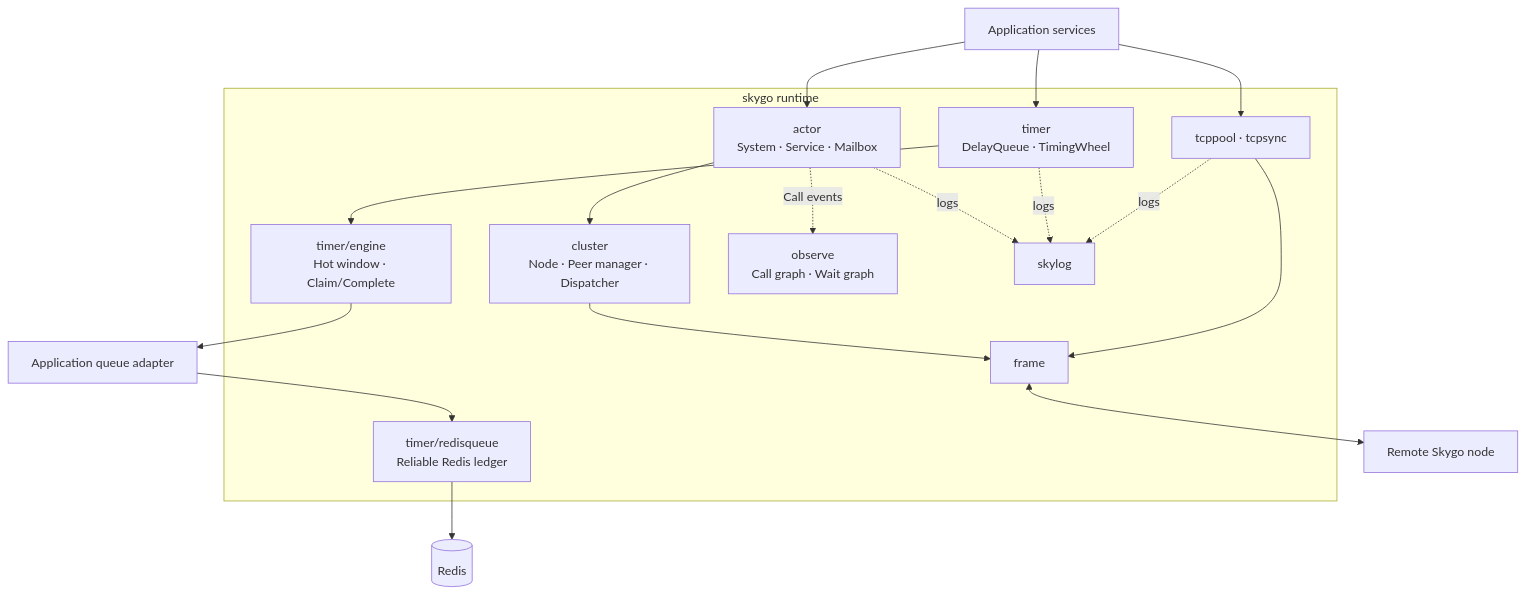
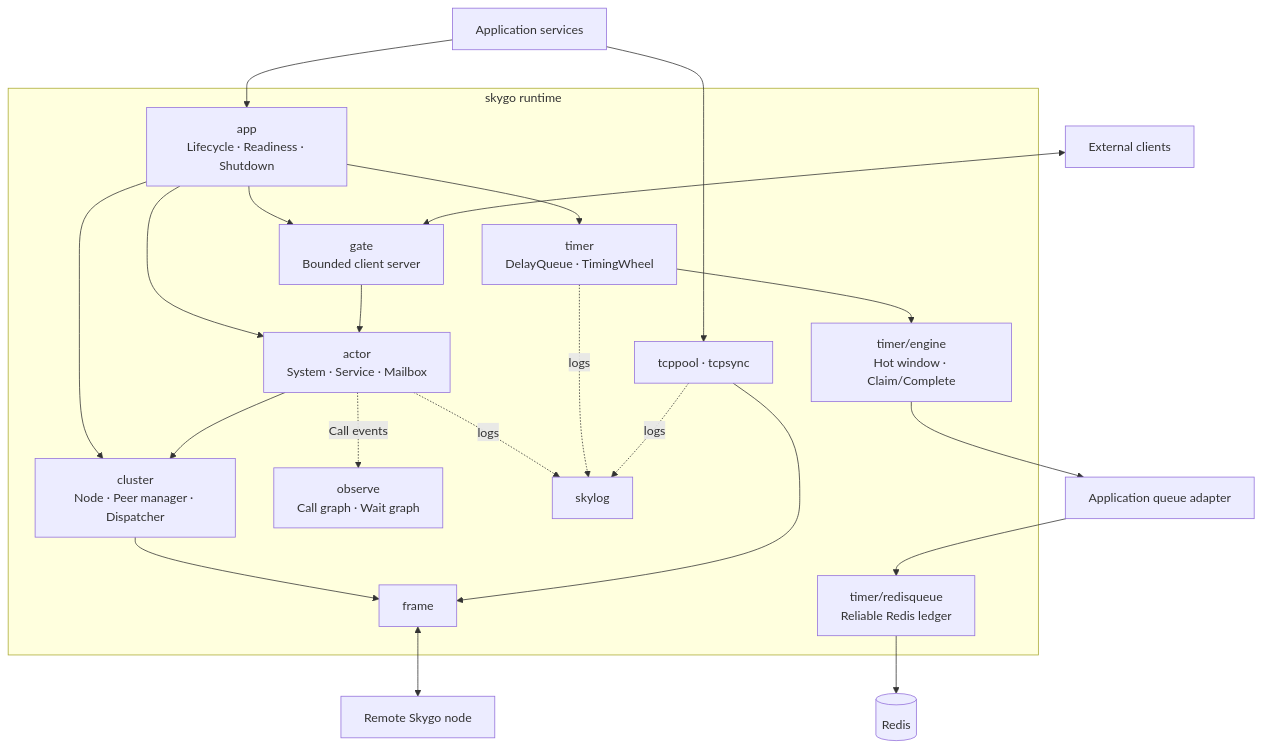
Before and after one commit to scott4game/skygo: the first of 2 diagrams in README.md, drawn with Mermaid. The commit also changed other lines of this file and 16 other files, not shown here.

````diff
--- a/README.md
+++ b/README.md
@@ -28,36 +31,44 @@
 ```mermaid
 flowchart TB
-    App[Application services]
+    Workload[Application services]
+    Client[External clients]
 
     subgraph Runtime[skygo runtime]
+        App[app<br/>Lifecycle · Readiness · Shutdown]
         Actor[actor<br/>System · Service · Mailbox]
         Cluster[cluster<br/>Node · Peer manager · Dispatcher]
+        Gate[gate<br/>Bounded client server]
         Timer[timer<br/>DelayQueue · TimingWheel]
         Engine[timer/engine<br/>Hot window · Claim/Complete]
         RedisTimer[timer/redisqueue<br/>Reliable Redis ledger]
         Observe[observe<br/>Call graph · Wait graph]
         TCP[tcppool · tcpsync]
         Frame[frame]
         Log[skylog]
     end
 
     Redis[(Redis)]
     Adapter[Application queue adapter]
     Peer[Remote Skygo node]
 
     App --> Actor
+    App --> Cluster
+    App --> Gate
+    App --> Timer
+    Workload --> App
+    Client <--> Gate
+    Gate --> Actor
     Actor --> Cluster
-    App --> Timer
-    App --> TCP
+    Workload --> TCP
     Timer --> Engine
     Engine --> Adapter
     Adapter --> RedisTimer
     RedisTimer --> Redis
     Actor -. Call events .-> Observe
     Cluster --> Frame
     TCP --> Frame
     Frame <--> Peer
     Actor -. logs .-> Log
     Timer -. logs .-> Log
     TCP -. logs .-> Log
 ```
````
